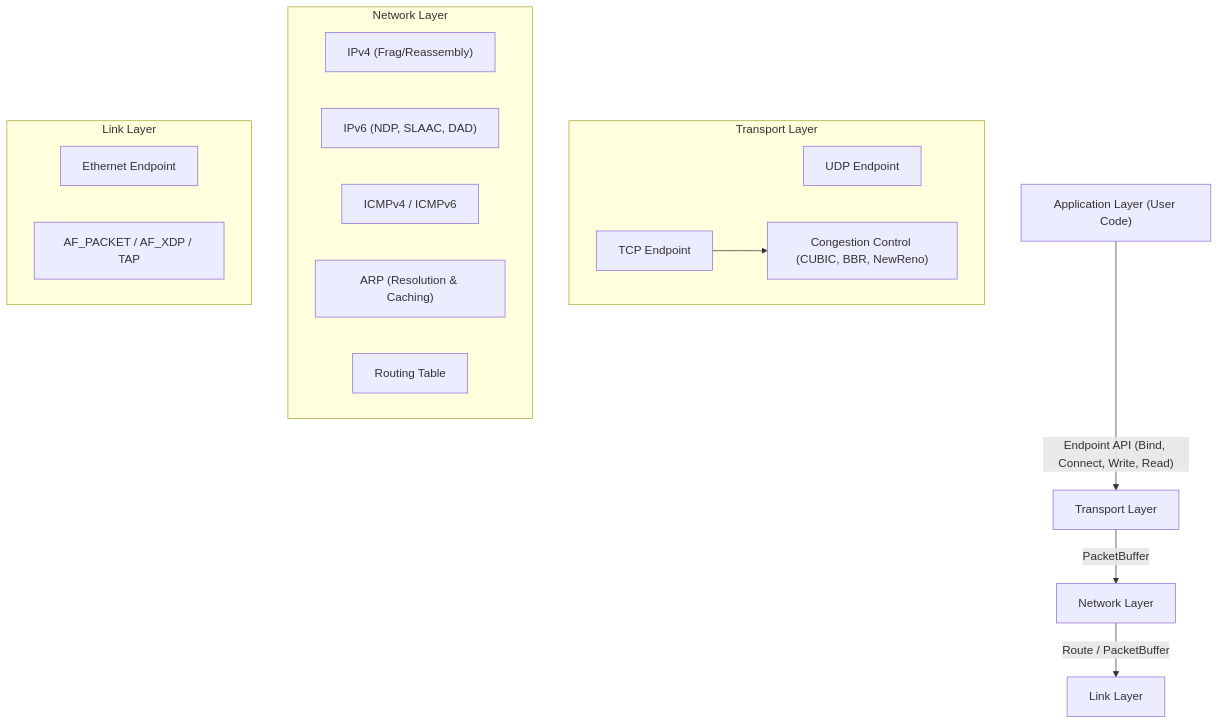
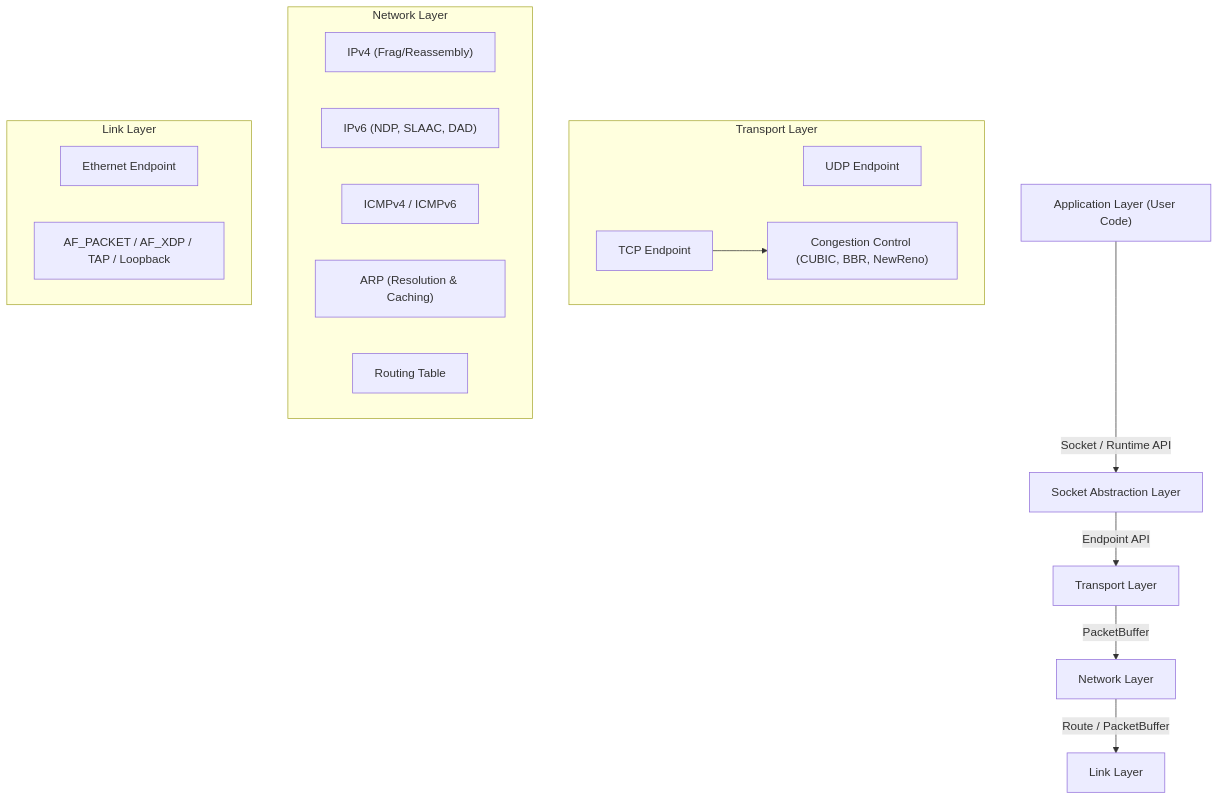
Before and after one commit to bob-chu/ustack: the diagram in README.md, drawn with Mermaid. The commit also changed other lines of this file and 2 other files, not shown here.

First line of the commit message:
docs: update README with new architecture and performance details

````diff
--- a/README.md
+++ b/README.md
@@ -14,28 +15,29 @@
 ```mermaid
 graph TD
-    App["Application Layer (User Code)"] --> |"Endpoint API (Bind, Connect, Write, Read)"| Trans[Transport Layer]
+    App["Application Layer (User Code)"] --> |"Socket / Runtime API"| Socket[Socket Abstraction Layer]
+    Socket --> |"Endpoint API"| Trans[Transport Layer]
     
     subgraph "Transport Layer"
         UDP["UDP Endpoint"]
         TCP["TCP Endpoint"]
         CC["Congestion Control (CUBIC, BBR, NewReno)"]
         TCP --> CC
     end
     
     Trans --> |"PacketBuffer"| Net[Network Layer]
     
     subgraph "Network Layer"
         IPv4["IPv4 (Frag/Reassembly)"]
         IPv6["IPv6 (NDP, SLAAC, DAD)"]
         ICMP["ICMPv4 / ICMPv6"]
         ARP["ARP (Resolution & Caching)"]
         Routing["Routing Table"]
     end
     
     Net --> |"Route / PacketBuffer"| Link[Link Layer]
     
     subgraph "Link Layer"
         Eth["Ethernet Endpoint"]
-        Driver["AF_PACKET / AF_XDP / TAP"]
+        Driver["AF_PACKET / AF_XDP / TAP / Loopback"]
     end
 ```
````
